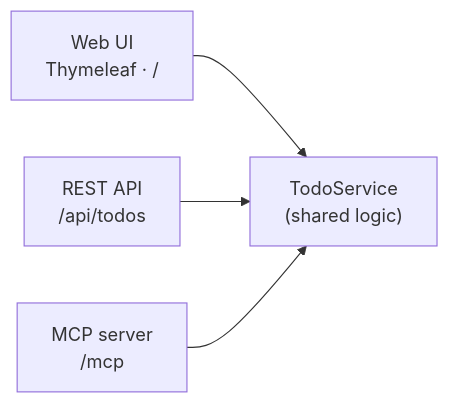
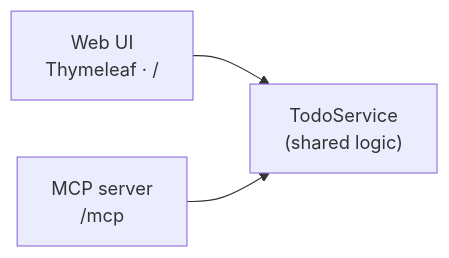
One commit to roryp/vscode-learn changed the diagram in README.md. Above: the diagram before and after it, drawn with Mermaid. The commit also changed other lines of this file and 11 other files, not shown here.

````diff
--- a/README.md
+++ b/README.md
@@ -11,7 +11,6 @@
 ```mermaid
 flowchart LR
     UI["Web UI<br/>Thymeleaf · /"] --> SVC
-    REST["REST API<br/>/api/todos"] --> SVC
     MCP["MCP server<br/>/mcp"] --> SVC
     SVC["TodoService<br/>(shared logic)"]
 ```
````
